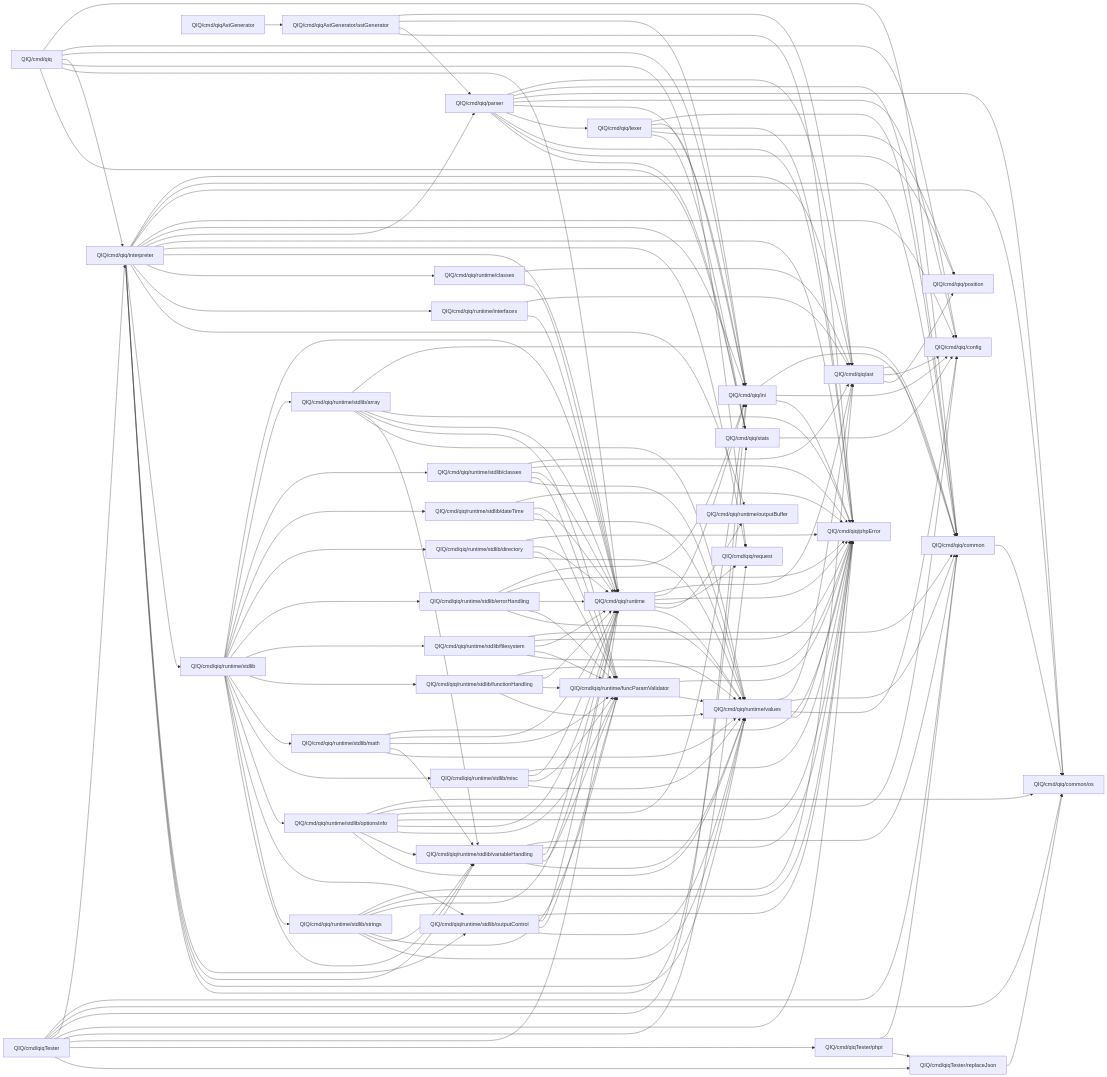
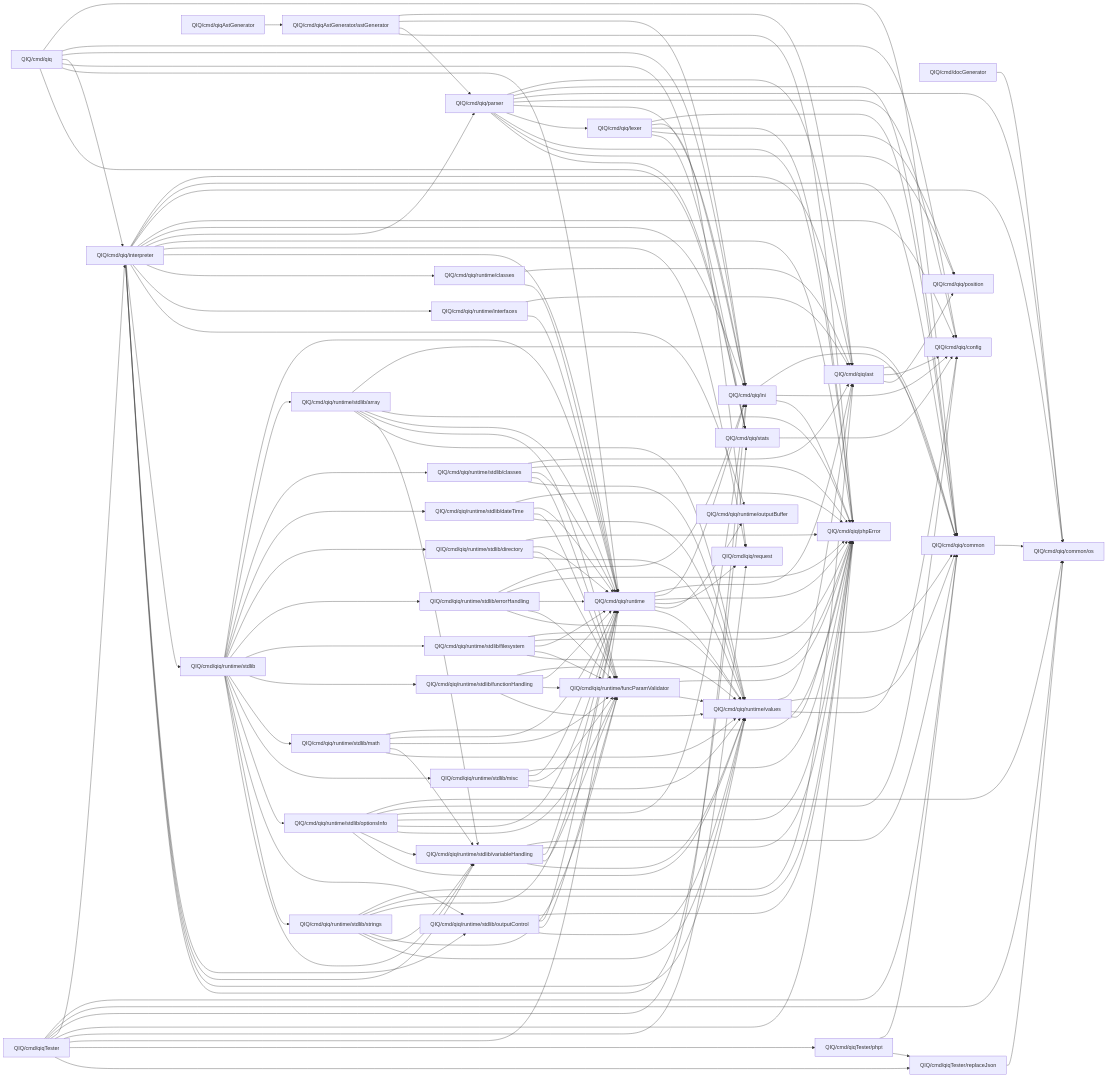
One commit to MasterZydra/QIQ changed the diagram in doc/Packages.md. Above: the diagram before and after it, drawn with Mermaid. The commit also changed 7 other files, not shown here.

Commit message:
Tools: Moved doc-gen from tools into cmd and renamed it to docGenerator

````diff
--- a/doc/Packages.md
+++ b/doc/Packages.md
@@ -3,5 +3,7 @@
 ```mermaid
 flowchart LR
+    QIQ_cmd_docGenerator[QIQ/cmd/docGenerator] --> QIQ_cmd_qiq_common_os[QIQ/cmd/qiq/common/os]
+
     QIQ_cmd_qiq[QIQ/cmd/qiq] --> QIQ_cmd_qiq_common[QIQ/cmd/qiq/common]
     QIQ_cmd_qiq[QIQ/cmd/qiq] --> QIQ_cmd_qiq_config[QIQ/cmd/qiq/config]
     QIQ_cmd_qiq[QIQ/cmd/qiq] --> QIQ_cmd_qiq_ini[QIQ/cmd/qiq/ini]
````
